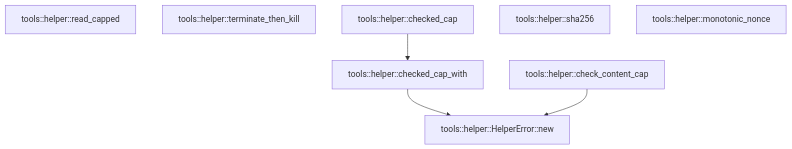
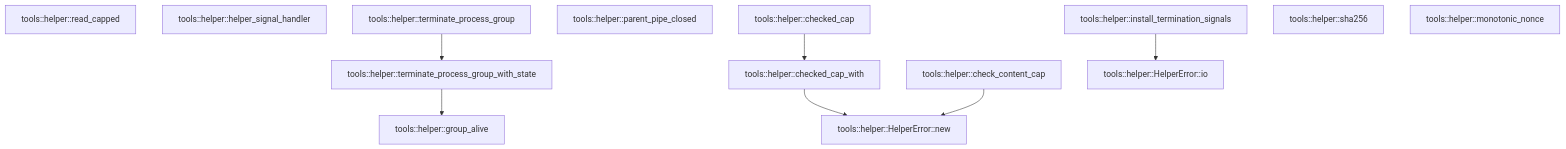
One commit to TekesApps/TekesKernel changed the third of 3 diagrams in crates/tools/docs/generated/src--helper.md. Above: the diagram before and after it, drawn with Mermaid. The commit also changed other lines of this file and 56 other files, not shown here.

````diff
--- a/crates/tools/docs/generated/src--helper.md
+++ b/crates/tools/docs/generated/src--helper.md
@@ -332,14 +347,23 @@
 ```mermaid
 flowchart TD
   n0["tools::helper::read_capped"]
-  n1["tools::helper::terminate_then_kill"]
-  n2["tools::helper::checked_cap"]
-  n3["tools::helper::checked_cap_with"]
-  n4["tools::helper::check_content_cap"]
-  n5["tools::helper::sha256"]
-  n6["tools::helper::monotonic_nonce"]
-  n7["tools::helper::HelperError::new"]
-  n2 --> n3
-  n3 --> n7
-  n4 --> n7
+  n1["tools::helper::helper_signal_handler"]
+  n2["tools::helper::install_termination_signals"]
+  n3["tools::helper::parent_pipe_closed"]
+  n4["tools::helper::group_alive"]
+  n5["tools::helper::terminate_process_group"]
+  n6["tools::helper::terminate_process_group_with_state"]
+  n7["tools::helper::checked_cap"]
+  n8["tools::helper::checked_cap_with"]
+  n9["tools::helper::check_content_cap"]
+  n10["tools::helper::sha256"]
+  n11["tools::helper::monotonic_nonce"]
+  n12["tools::helper::HelperError::new"]
+  n13["tools::helper::HelperError::io"]
+  n2 --> n13
+  n5 --> n6
+  n6 --> n4
+  n7 --> n8
+  n8 --> n12
+  n9 --> n12
 ```
````
